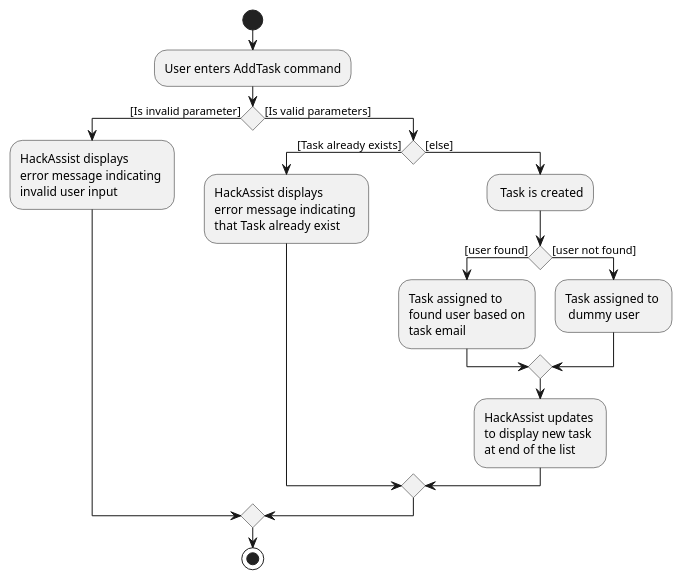
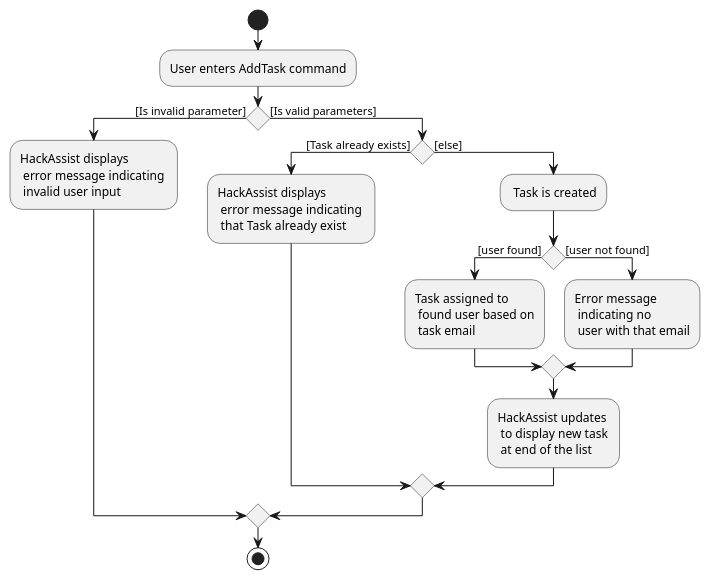
Before and after one commit to nus-cs2103-AY2223S1/tp: the diagram in docs/diagrams/AddTaskCommandActivityDiagram.puml, drawn with PlantUML. The commit also changed 4 other files, not shown here.

```diff
--- a/docs/diagrams/AddTaskCommandActivityDiagram.puml
+++ b/docs/diagrams/AddTaskCommandActivityDiagram.puml
@@ -1,26 +1,26 @@
 @startuml
 start
 :User enters AddTask command;
 
 if () then ([Is invalid parameter])
-    :HackAssist displays \nerror message indicating \ninvalid user input;
+    :HackAssist displays \n error message indicating \n invalid user input;
 
 else ([Is valid parameters])
 
     if () then ([Task already exists])
-        :HackAssist displays \nerror message indicating \nthat Task already exist;
+        :HackAssist displays \n error message indicating \n that Task already exist;
     else ([else])
         : Task is created;
         if () then ([user found])
-             :Task assigned to \nfound user based on\ntask email;
+             :Task assigned to \n found user based on\n task email;
         else ([user not found])
-             :Task assigned to \n dummy user;
+             :Error message \n indicating no \n user with that email;
 
            endif
 
-        :HackAssist updates \nto display new task\nat end of the list;
+        :HackAssist updates \n to display new task\n at end of the list;
     endif
 
 endif
 stop
 @enduml
```
